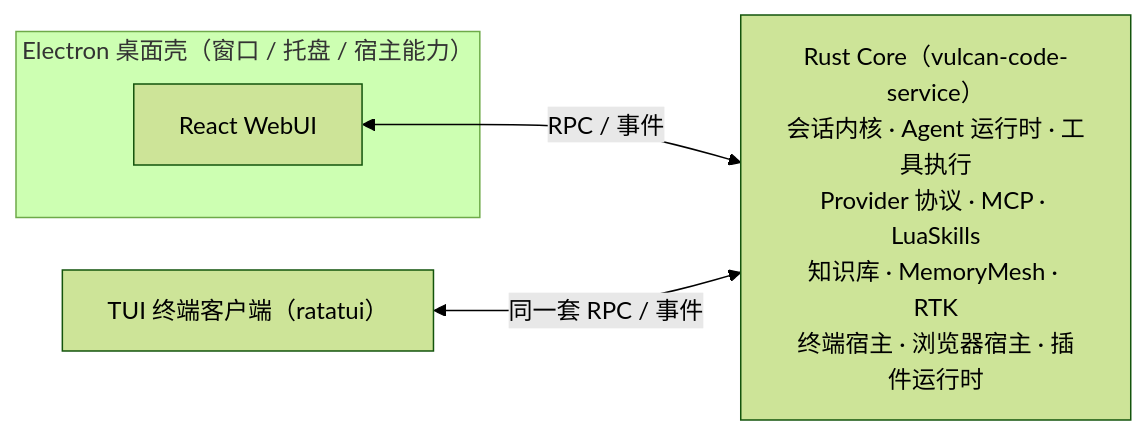
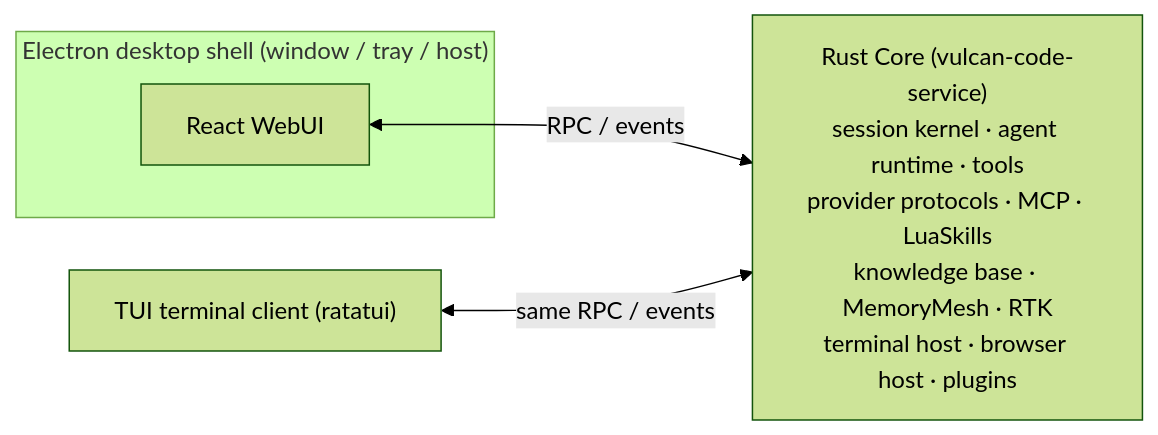
The diagram in README.md (OpenVulcan/vulcan-code), drawn with Mermaid (forest theme) before and after one commit. The commit also changed other lines of this file and 10 other files, not shown here.

````diff
--- a/README.md
+++ b/README.md
@@ -96,10 +98,10 @@
 ```mermaid
 flowchart LR
-  subgraph Desktop["Electron 桌面壳（窗口 / 托盘 / 宿主能力）"]
+  subgraph Desktop["Electron desktop shell (window / tray / host)"]
     WebUI["React WebUI"]
   end
-  TUI["TUI 终端客户端（ratatui）"]
-  Core["Rust Core（vulcan-code-service）<br/>会话内核 · Agent 运行时 · 工具执行<br/>Provider 协议 · MCP · LuaSkills<br/>知识库 · MemoryMesh · RTK<br/>终端宿主 · 浏览器宿主 · 插件运行时"]
-  WebUI <-->|"RPC / 事件"| Core
-  TUI <-->|"同一套 RPC / 事件"| Core
+  TUI["TUI terminal client (ratatui)"]
+  Core["Rust Core (vulcan-code-service)<br/>session kernel · agent runtime · tools<br/>provider protocols · MCP · LuaSkills<br/>knowledge base · MemoryMesh · RTK<br/>terminal host · browser host · plugins"]
+  WebUI <-->|"RPC / events"| Core
+  TUI <-->|"same RPC / events"| Core
 ```
````
